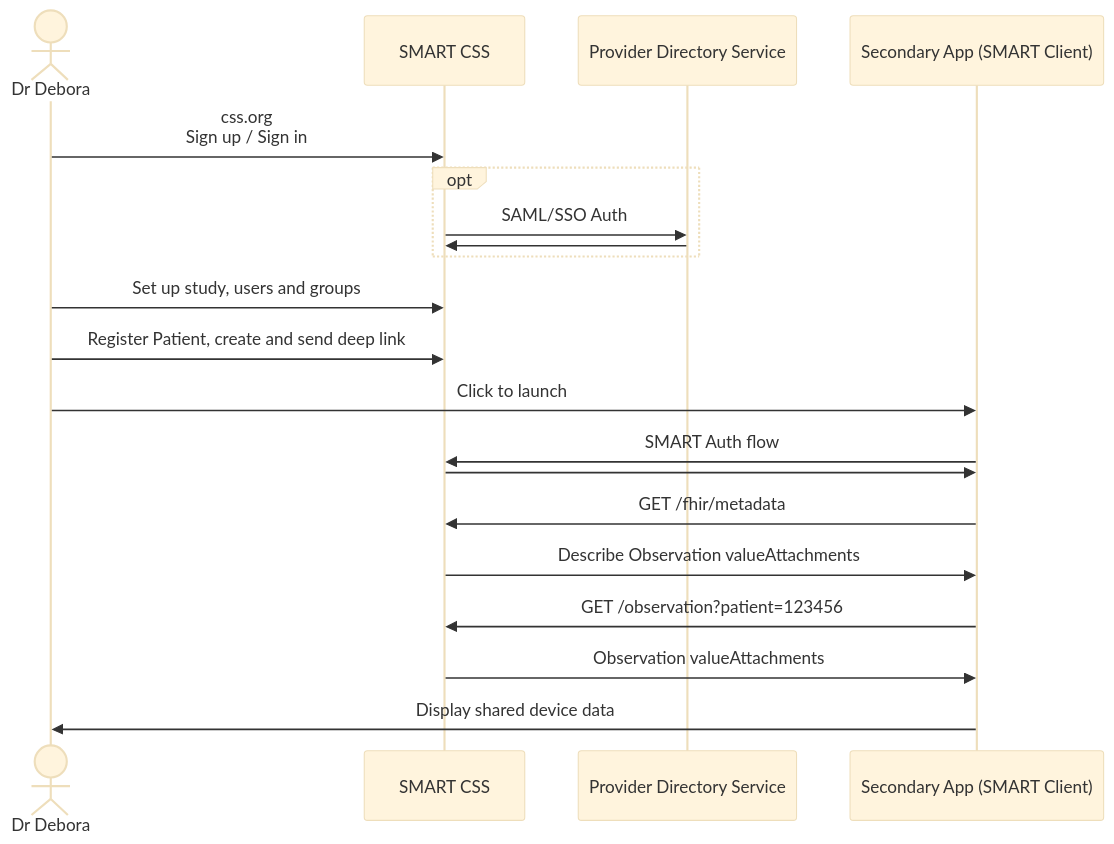
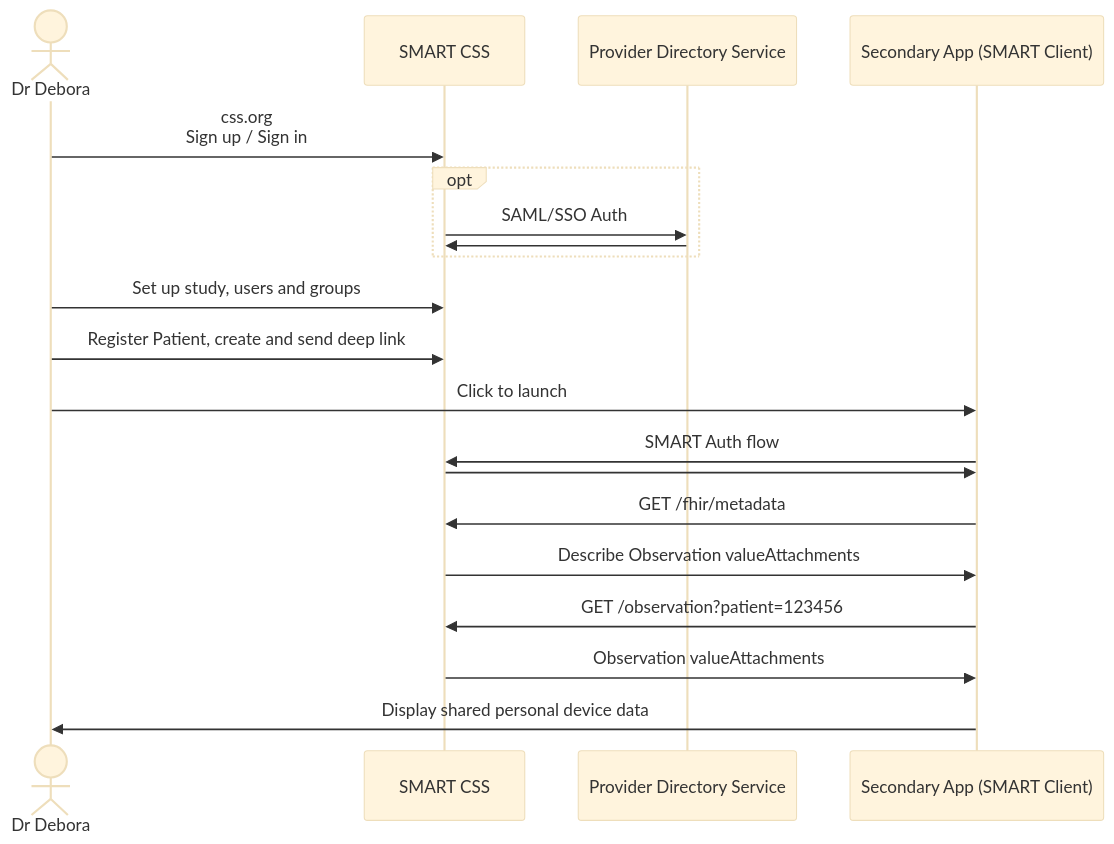
The fourth of 5 diagrams in cloud-storage-reference-app.md (jupyterhealth/software-documentation), drawn with Mermaid (base theme) before and after one commit. The commit also changed other lines of this file and 2 other files, not shown here.

Commit message:
changed medical device to personal device and added personal in front of device if it was not specified

````diff
--- a/cloud-storage-reference-app.md
+++ b/cloud-storage-reference-app.md
@@ -292,22 +290,22 @@
 ```mermaid
 sequenceDiagram
     actor Dr Debora
     participant SMART CSS
     participant Provider Directory Service
     participant Secondary App (SMART Client)
     Dr Debora->>SMART CSS: css.org<br/>Sign up / Sign in
     opt
         SMART CSS->>Provider Directory Service: SAML/SSO Auth
-        Provider Directory Service->>SMART CSS:
+        Provider Directory Service->>SMART CSS: 
     end
     Dr Debora->>SMART CSS: Set up study, users and groups
     Dr Debora->>SMART CSS: Register Patient, create and send deep link
     Dr Debora->>Secondary App (SMART Client): Click to launch
     Secondary App (SMART Client)->>SMART CSS: SMART Auth flow
-    SMART CSS->>Secondary App (SMART Client):
+    SMART CSS->>Secondary App (SMART Client): 
     Secondary App (SMART Client)->>SMART CSS: GET /fhir/metadata
     SMART CSS->>Secondary App (SMART Client): Describe Observation valueAttachments
     Secondary App (SMART Client)->>SMART CSS: GET /observation?patient=123456
     SMART CSS->>Secondary App (SMART Client): Observation valueAttachments
-    Secondary App (SMART Client)->>Dr Debora: Display shared device data
+    Secondary App (SMART Client)->>Dr Debora: Display shared personal device data
 ```
````
